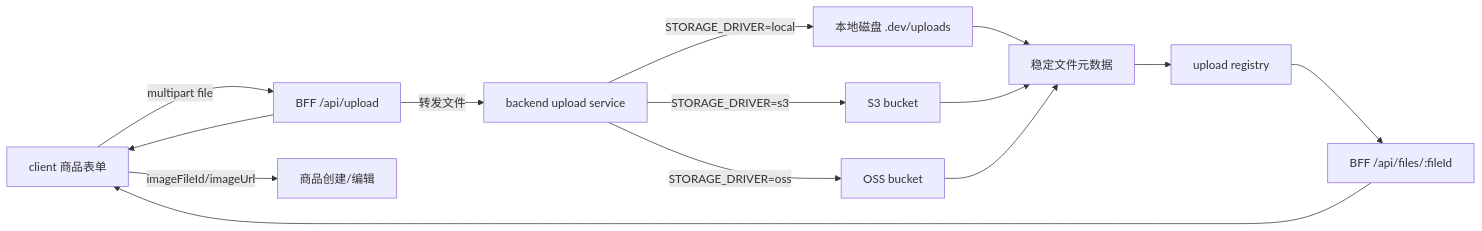
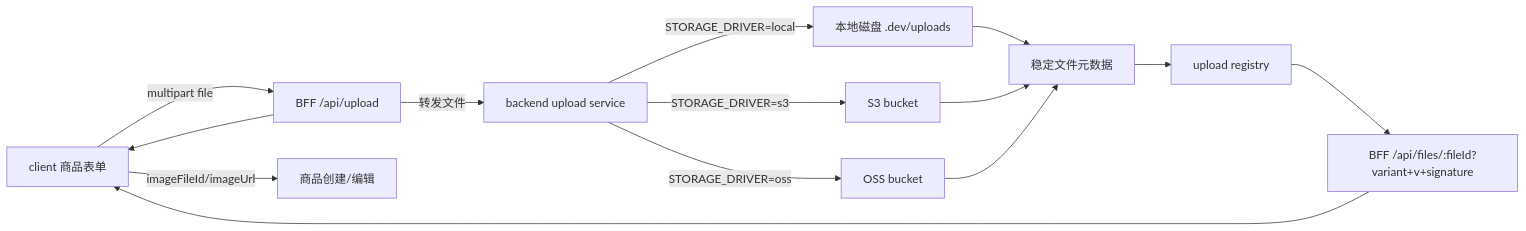
One commit to dadanliu/simulation-system changed the diagram in docs/08-object-storage.md. Above: the diagram before and after it, drawn with Mermaid. The commit also changed other lines of this file and 31 other files, not shown here.

Commit message:
4.3 图片展示性能

````diff
--- a/docs/08-object-storage.md
+++ b/docs/08-object-storage.md
@@ -79,16 +93,16 @@
 ```mermaid
 flowchart LR
   Client[client 商品表单] -->|multipart file| BFF[BFF /api/upload]
   BFF -->|转发文件| Server[backend upload service]
   Server -->|STORAGE_DRIVER=local| Local[本地磁盘 .dev/uploads]
   Server -->|STORAGE_DRIVER=s3| S3[S3 bucket]
   Server -->|STORAGE_DRIVER=oss| OSS[OSS bucket]
   Local --> Meta[稳定文件元数据]
   S3 --> Meta
   OSS --> Meta
   Meta --> Registry[upload registry]
-  Registry --> BFFFile[BFF /api/files/:fileId]
+  Registry --> BFFFile[BFF /api/files/:fileId?variant+v+signature]
   BFF --> Client
   BFFFile --> Client
   Client -->|imageFileId/imageUrl| Commodity[商品创建/编辑]
 ```
````
